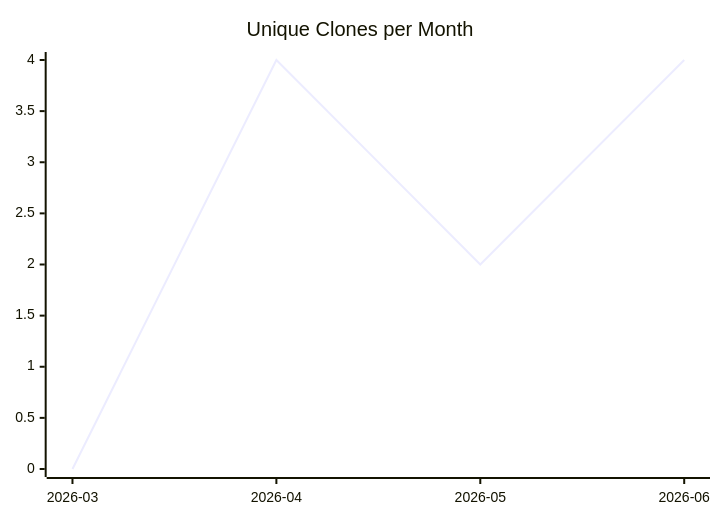
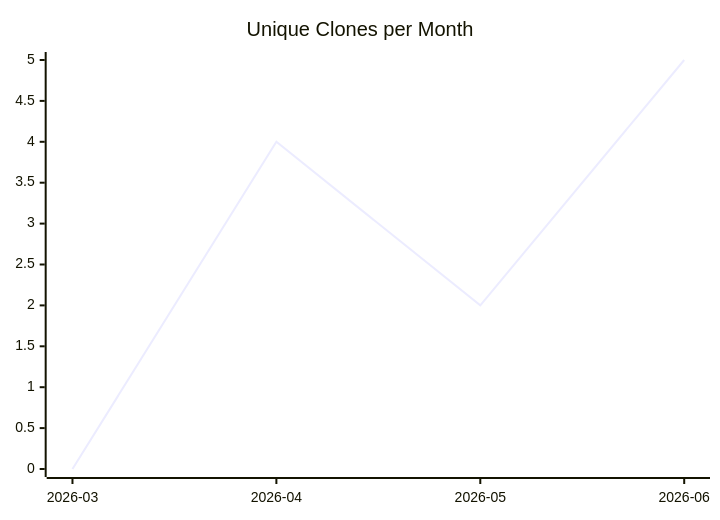
Before and after one commit to justdavis-family/github-analytics-data: the third of 3 diagrams in karlmdavis/todoist-ai/README.md, drawn with Mermaid. The commit also changed other lines of this file and 199 other files, not shown here.

````diff
--- a/karlmdavis/todoist-ai/README.md
+++ b/karlmdavis/todoist-ai/README.md
@@ -19,6 +19,6 @@
 ```mermaid
 xychart-beta
   title "Unique Clones per Month"
   x-axis ["2026-03", "2026-04", "2026-05", "2026-06"]
-  line [0, 4, 2, 4]
+  line [0, 4, 2, 5]
 ```
````
